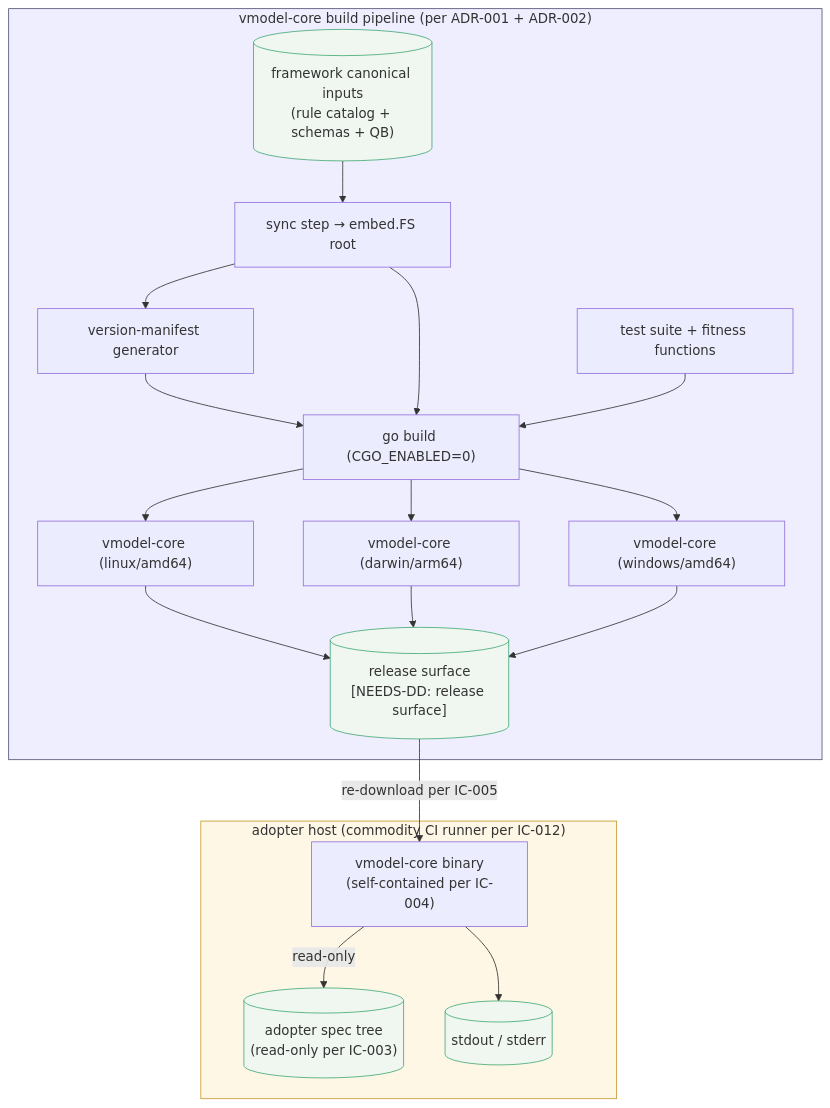
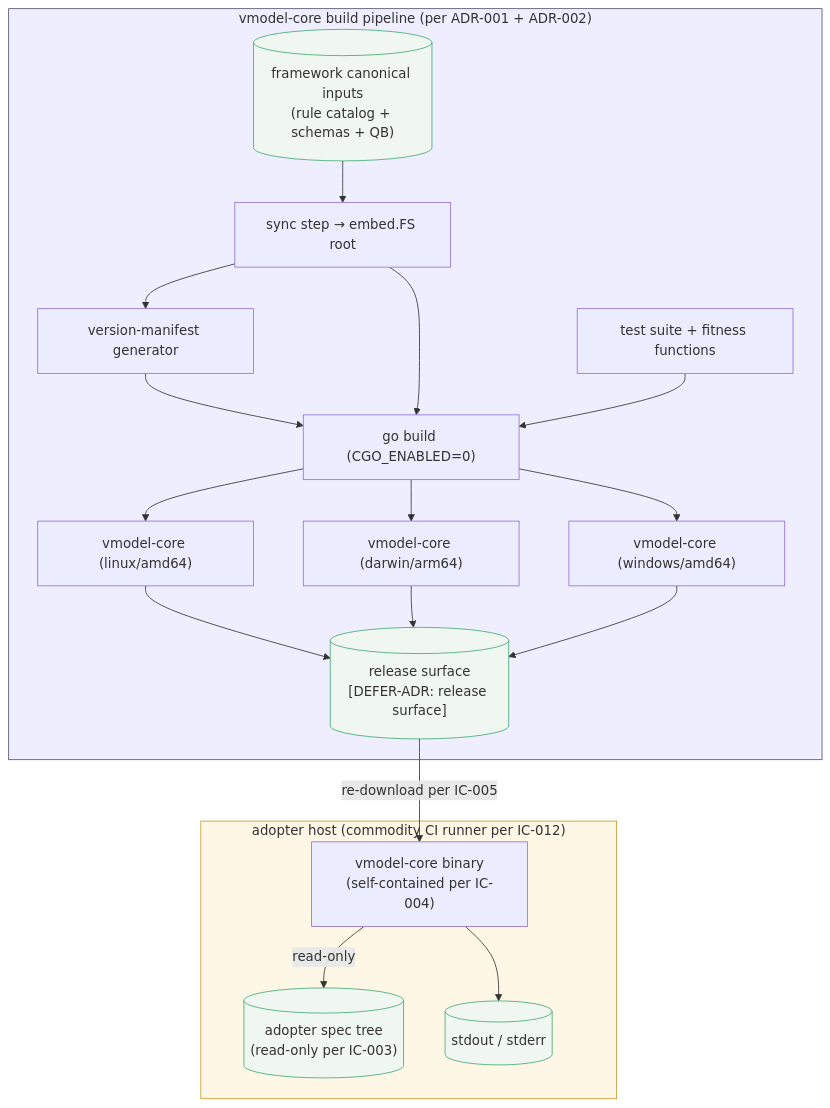
Before and after one commit to StefanusBergenhem/VModelWorkflow: the fourth of 4 diagrams in specs/architecture.md, drawn with Mermaid. The commit also changed other lines of this file and 53 other files, not shown here.

````diff
--- a/specs/architecture.md
+++ b/specs/architecture.md
@@ -772,41 +387,41 @@
 ```mermaid
 flowchart TB
     subgraph BUILD["vmodel-core build pipeline (per ADR-001 + ADR-002)"]
         FRAMEWORK[("framework canonical inputs<br/>(rule catalog + schemas + QB)")]
         SYNC["sync step → embed.FS root"]
         VERS["version-manifest generator"]
         TESTS["test suite + fitness functions"]
         GO["go build (CGO_ENABLED=0)"]
         BIN1["vmodel-core (linux/amd64)"]
         BIN2["vmodel-core (darwin/arm64)"]
         BIN3["vmodel-core (windows/amd64)"]
-        RELEASE[("release surface<br/>[NEEDS-DD: release surface]")]
+        RELEASE[("release surface<br/>[DEFER-ADR: release surface]")]
     end
     subgraph ADOPT["adopter host (commodity CI runner per IC-012)"]
         BIN["vmodel-core binary<br/>(self-contained per IC-004)"]
         FSPEC[("adopter spec tree<br/>(read-only per IC-003)")]
         STDOUT[("stdout / stderr")]
     end
 
     FRAMEWORK --> SYNC
     SYNC --> VERS
     VERS --> GO
     SYNC --> GO
     TESTS --> GO
     GO --> BIN1
     GO --> BIN2
     GO --> BIN3
     BIN1 --> RELEASE
     BIN2 --> RELEASE
     BIN3 --> RELEASE
     RELEASE -->|re-download per IC-005| BIN
     BIN -->|read-only| FSPEC
     BIN --> STDOUT
 
     classDef pipeline fill:#eef,stroke:#557
     classDef host fill:#fff7e6,stroke:#c79a2f
     classDef store fill:#f0f7f0,stroke:#4a7
     class BUILD pipeline
     class ADOPT host
     class FRAMEWORK,RELEASE,FSPEC,STDOUT store
 ```
````
